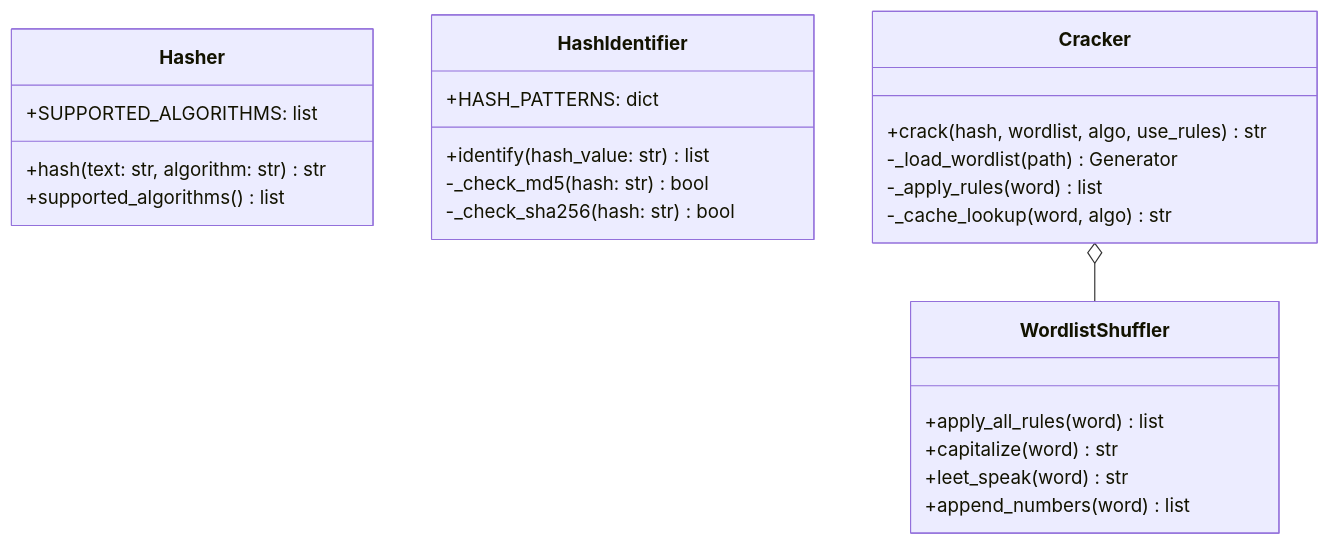
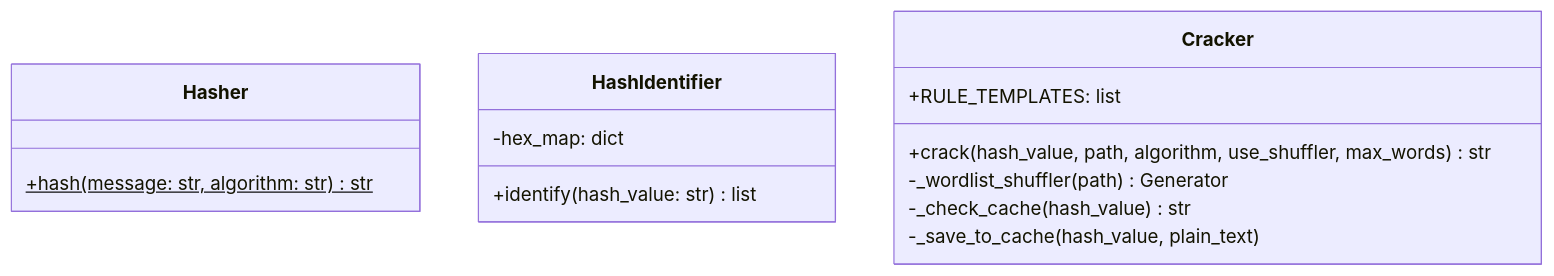
The third of 10 diagrams in README.md (Mr-Robotiko/Gilfi), drawn with Mermaid before and after one commit. The commit also changed other lines of this file, not shown here.

````diff
--- a/README.md
+++ b/README.md
@@ -277,31 +262,19 @@
 ```mermaid
 classDiagram
     class Hasher {
-        +SUPPORTED_ALGORITHMS: list
-        +hash(text: str, algorithm: str) str
-        +supported_algorithms() list
+        +hash(message: str, algorithm: str)$ str
     }
     
     class HashIdentifier {
-        +HASH_PATTERNS: dict
+        -hex_map: dict
         +identify(hash_value: str) list
-        -_check_md5(hash: str) bool
-        -_check_sha256(hash: str) bool
     }
     
     class Cracker {
-        +crack(hash, wordlist, algo, use_rules) str
-        -_load_wordlist(path) Generator
-        -_apply_rules(word) list
-        -_cache_lookup(word, algo) str
+        +RULE_TEMPLATES: list
+        +crack(hash_value, path, algorithm, use_shuffler, max_words) str
+        -_wordlist_shuffler(path) Generator
+        -_check_cache(hash_value) str
+        -_save_to_cache(hash_value, plain_text)
     }
-    
-    class WordlistShuffler {
-        +apply_all_rules(word) list
-        +capitalize(word) str
-        +leet_speak(word) str
-        +append_numbers(word) list
-    }
-    
-    Cracker o-- WordlistShuffler
 ```
````
